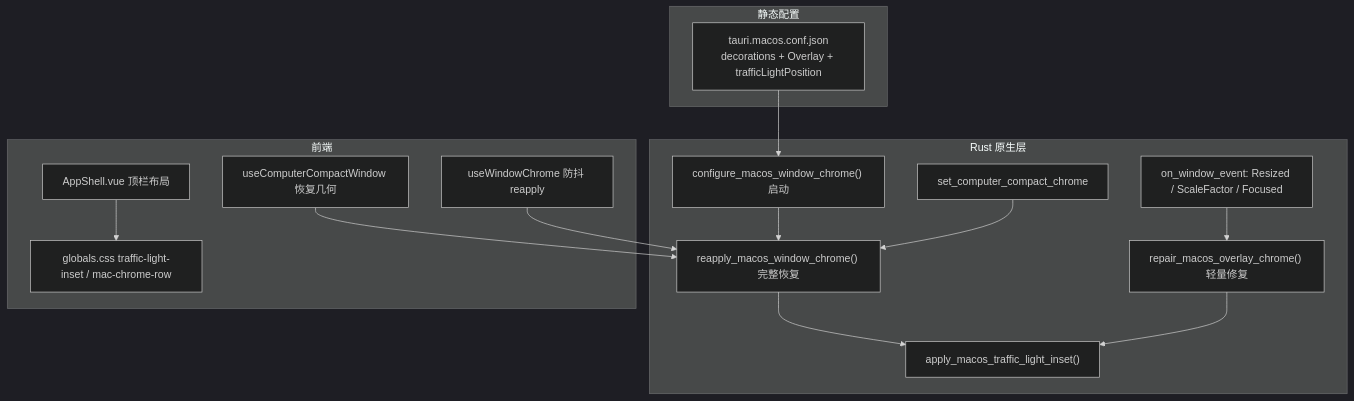
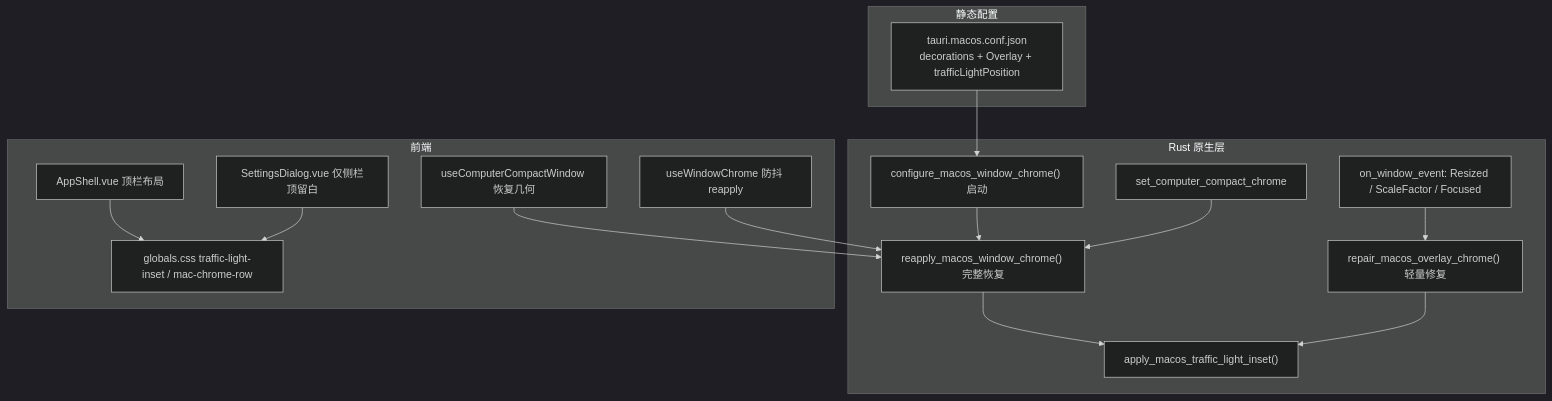
Before and after one commit to chinphing/agent-pointer: the diagram in docs/contributing/macos-window-chrome.md, drawn with Mermaid (dark theme). The commit also changed other lines of this file and 13 other files, not shown here.

````diff
--- a/docs/contributing/macos-window-chrome.md
+++ b/docs/contributing/macos-window-chrome.md
@@ -30,32 +30,34 @@
 ```mermaid
 flowchart TB
   subgraph config [静态配置]
     MAC["tauri.macos.conf.json<br/>decorations + Overlay + trafficLightPosition"]
   end
 
   subgraph rust [Rust 原生层]
     INIT["configure_macos_window_chrome() 启动"]
     FULL["reapply_macos_window_chrome() 完整恢复"]
     REPAIR["repair_macos_overlay_chrome() 轻量修复"]
     INSET["apply_macos_traffic_light_inset()"]
     EVENTS["on_window_event: Resized / ScaleFactor / Focused"]
     COMPACT["set_computer_compact_chrome"]
   end
 
   subgraph fe [前端]
     SHELL["AppShell.vue 顶栏布局"]
+    SETTINGS["SettingsDialog.vue 仅侧栏顶留白"]
     CSS["globals.css traffic-light-inset / mac-chrome-row"]
     UWC["useWindowChrome 防抖 reapply"]
     UCW["useComputerCompactWindow 恢复几何"]
   end
 
   MAC --> INIT
   INIT --> FULL
   FULL --> INSET
   EVENTS --> REPAIR
   REPAIR --> INSET
   COMPACT --> FULL
   UCW --> FULL
   UWC --> FULL
   SHELL --> CSS
+  SETTINGS --> CSS
 ```
````
